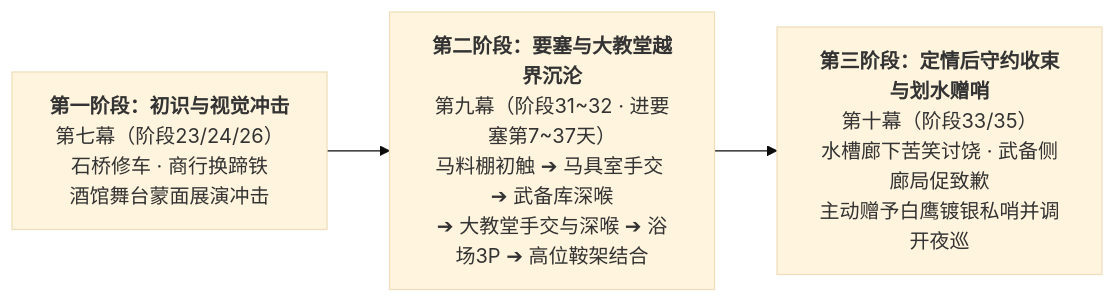
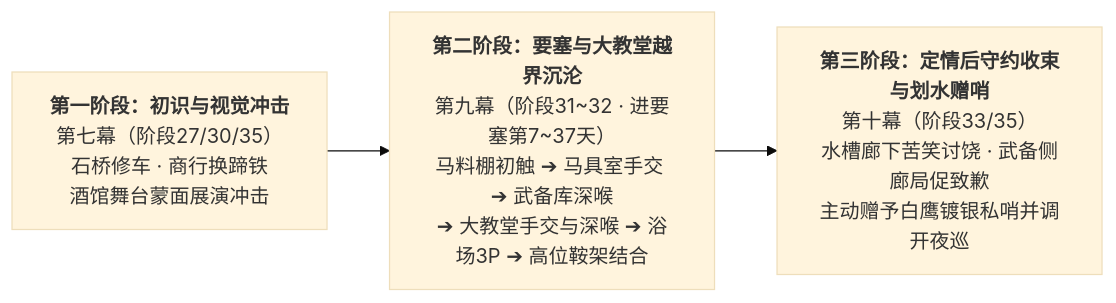
The diagram in 方案/第二部/卢卡斯NSFW/卢卡斯x菲娜关系线.md (soranokiseki1437/eldoria-worldbook), drawn with Mermaid (base theme) before and after one commit. The commit also changed other lines of this file and 19 other files, not shown here.

Commit message:
feat(act7): rework Act 7 stage titles, outlines, and sync NSFW timelines

````diff
--- a/方案/第二部/卢卡斯NSFW/卢卡斯x菲娜关系线.md
+++ b/方案/第二部/卢卡斯NSFW/卢卡斯x菲娜关系线.md
@@ -11,6 +11,6 @@
 ```mermaid
 graph LR
-    S1["<b>第一阶段：初识与视觉冲击</b><br/>第七幕（阶段23/24/26）<br/>石桥修车 · 商行换蹄铁<br/>酒馆舞台蒙面展演冲击"]
+    S1["<b>第一阶段：初识与视觉冲击</b><br/>第七幕（阶段27/30/35）<br/>石桥修车 · 商行换蹄铁<br/>酒馆舞台蒙面展演冲击"]
     --> S2["<b>第二阶段：要塞与大教堂越界沉沦</b><br/>第九幕（阶段31~32 · 进要塞第7~37天）<br/>马料棚初触 ➔ 马具室手交 ➔ 武备库深喉<br/>➔ 大教堂手交与深喉 ➔ 浴场3P ➔ 高位鞍架结合"]
     --> S3["<b>第三阶段：定情后守约收束与划水赠哨</b><br/>第十幕（阶段33/35）<br/>水槽廊下苦笑讨饶 · 武备侧廊局促致歉<br/>主动赠予白鹰镀银私哨并调开夜巡"]
 ```
````
